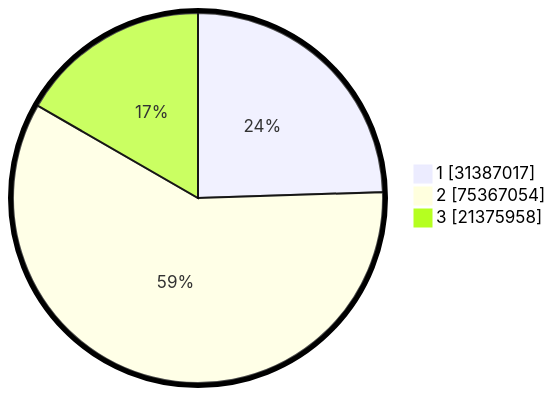
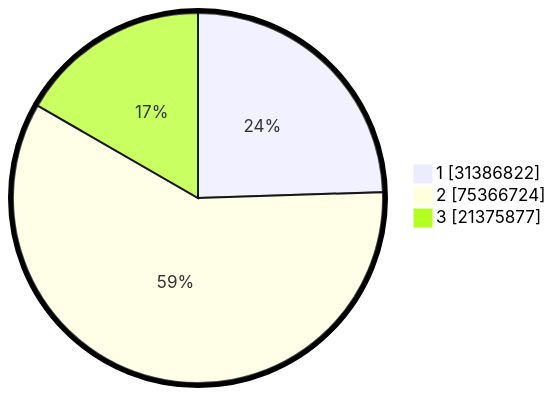
The second of 2 diagrams in pilpres/hitung-suara/README.md (gigit-pemilu/pemilu-2024), drawn with Mermaid before and after one commit. The commit also changed other lines of this file and 6 other files, not shown here.

````diff
--- a/pilpres/hitung-suara/README.md
+++ b/pilpres/hitung-suara/README.md
@@ -93,7 +93,7 @@
 ```mermaid
 %%{init: {"pie": {"textPosition": 0.5}, "themeVariables": {"pieOuterStrokeWidth": "5px"}} }%%
 pie showData
-    "1" : 31387017
-    "2" : 75367054
-    "3" : 21375958
+    "1" : 31386822
+    "2" : 75366724
+    "3" : 21375877
 ```
````
